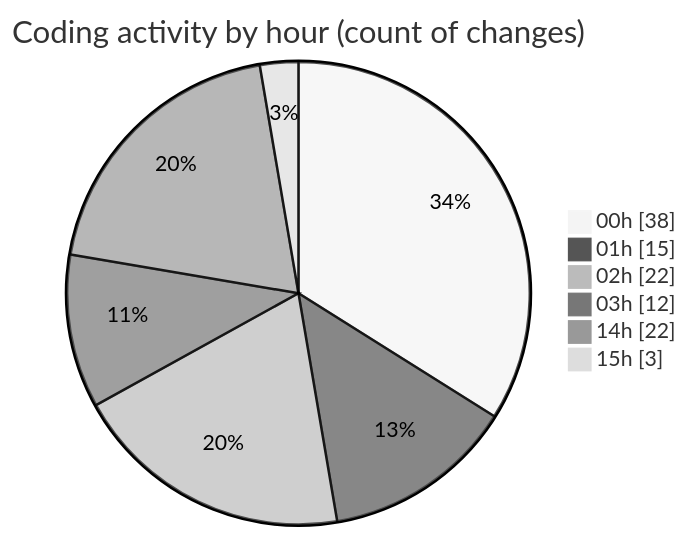
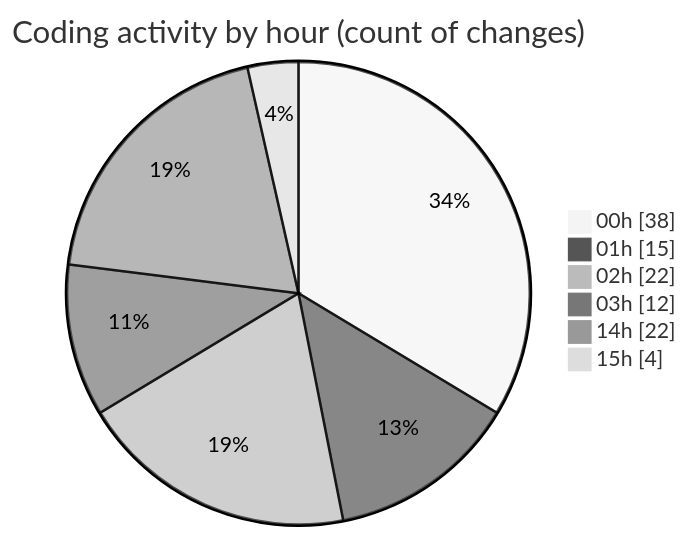
The second of 2 diagrams in 2025-03-08/uber_clone/README.md (donsfak/code-tracking), drawn with Mermaid (neutral theme) before and after one commit. The commit also changed other lines of this file and 1 other file, not shown here.

````diff
--- a/2025-03-08/uber_clone/README.md
+++ b/2025-03-08/uber_clone/README.md
@@ -34,10 +34,10 @@
 ```mermaid
 pie showData
 title Coding activity by hour (count of changes)
 "00h" : 38
 "01h" : 15
 "02h" : 22
 "03h" : 12
 "14h" : 22
-"15h" : 3
+"15h" : 4
 ```
````
